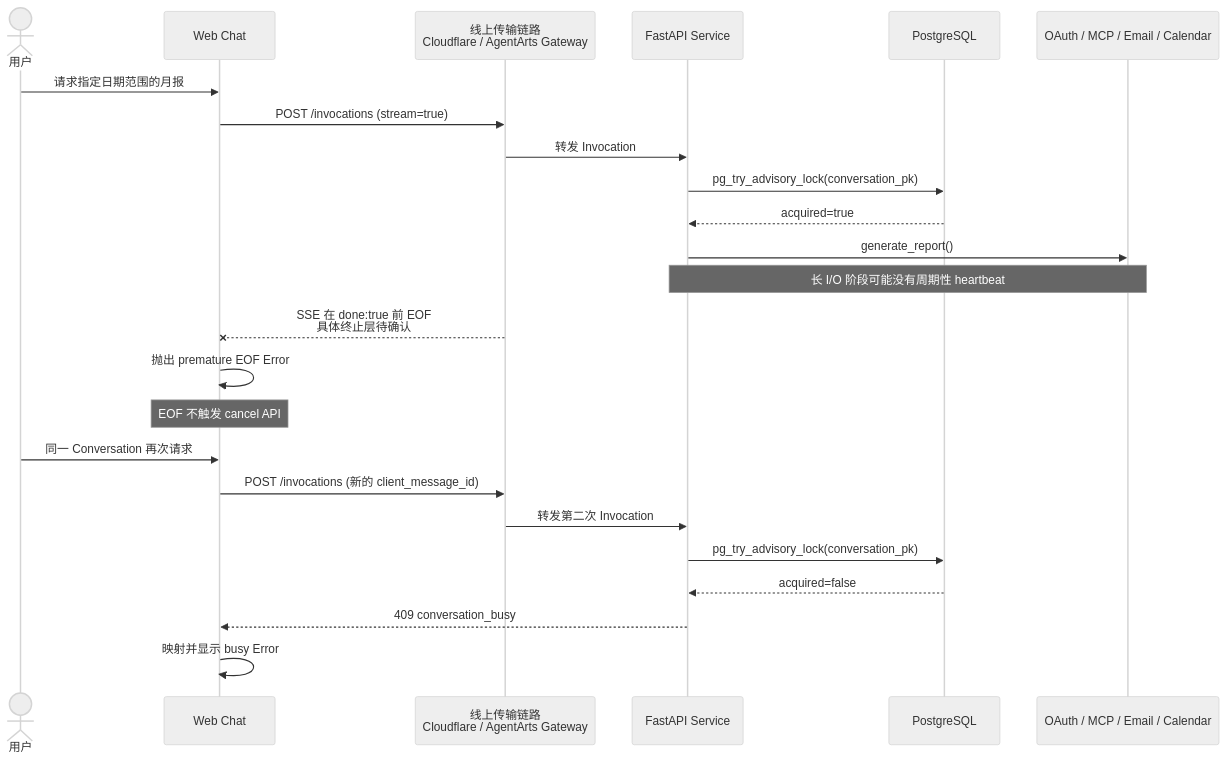
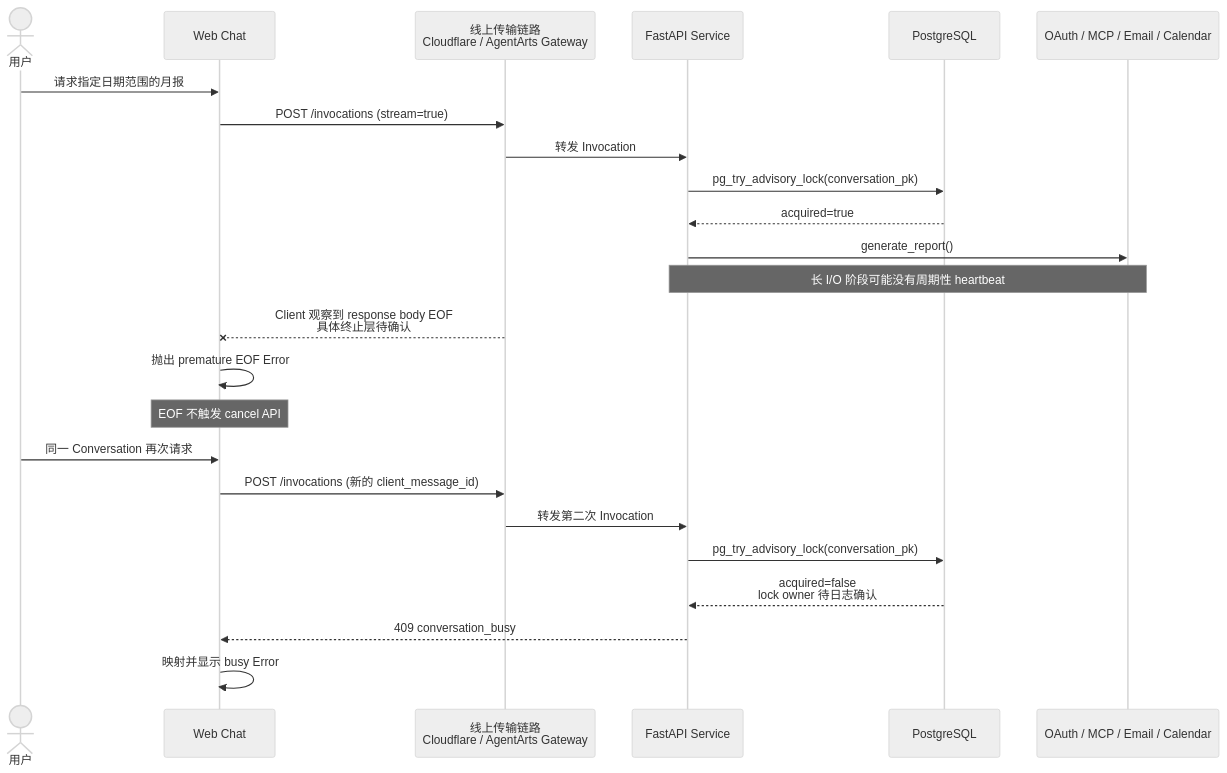
One commit to T-1009/personal-assistant changed the diagram in personal-assistant-meta/issues/bugs/bug-27-report-stream-timeout/issue.md. Above: the diagram before and after it, drawn with Mermaid (neutral theme). The commit also changed other lines of this file and 2 other files, not shown here.

Commit message:
fix: add SSE heartbeat to prevent report stream timeout

````diff
--- a/personal-assistant-meta/issues/bugs/bug-27-report-stream-timeout/issue.md
+++ b/personal-assistant-meta/issues/bugs/bug-27-report-stream-timeout/issue.md
@@ -64,27 +76,27 @@
 ```mermaid
 sequenceDiagram
     actor User as 用户
     participant Client as Web Chat
     participant Transport as 线上传输链路<br/>Cloudflare / AgentArts Gateway
     participant Service as FastAPI Service
     participant PG as PostgreSQL
     participant Sources as OAuth / MCP / Email / Calendar
 
     User->>Client: 请求指定日期范围的月报
     Client->>Transport: POST /invocations (stream=true)
     Transport->>Service: 转发 Invocation
     Service->>PG: pg_try_advisory_lock(conversation_pk)
     PG-->>Service: acquired=true
     Service->>Sources: generate_report()
     Note over Service,Sources: 长 I/O 阶段可能没有周期性 heartbeat
-    Transport--xClient: SSE 在 done:true 前 EOF<br/>具体终止层待确认
+    Transport--xClient: Client 观察到 response body EOF<br/>具体终止层待确认
     Client->>Client: 抛出 premature EOF Error
     Note over Client: EOF 不触发 cancel API
     User->>Client: 同一 Conversation 再次请求
     Client->>Transport: POST /invocations (新的 client_message_id)
     Transport->>Service: 转发第二次 Invocation
     Service->>PG: pg_try_advisory_lock(conversation_pk)
-    PG-->>Service: acquired=false
+    PG-->>Service: acquired=false<br/>lock owner 待日志确认
     Service-->>Client: 409 conversation_busy
     Client->>Client: 映射并显示 busy Error
 ```
````
